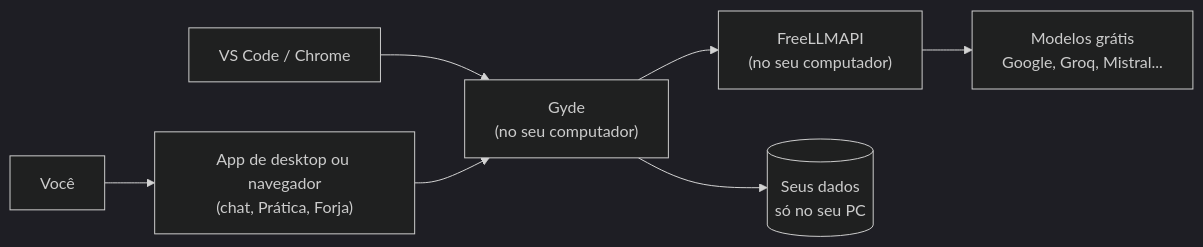
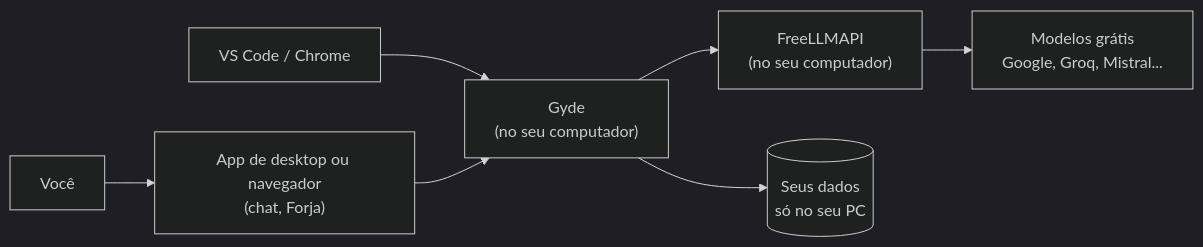
Before and after one commit to gustavomdeschamps/Gyde: the diagram in README.md, drawn with Mermaid (dark theme). The commit also changed other lines of this file and 67 other files, not shown here.

````diff
--- a/README.md
+++ b/README.md
@@ -161,9 +126,9 @@
 ```mermaid
 flowchart LR
-    V["Você"] --> N["App de desktop ou navegador<br/>(chat, Prática, Forja)"]
+    V["Você"] --> N["App de desktop ou navegador<br/>(chat, Forja)"]
     VS["VS Code / Chrome"] --> G
     N --> G["Gyde<br/>(no seu computador)"]
     G --> F["FreeLLMAPI<br/>(no seu computador)"]
     F --> M["Modelos grátis<br/>Google, Groq, Mistral..."]
     G --> D[("Seus dados<br/>só no seu PC")]
 ```
````
